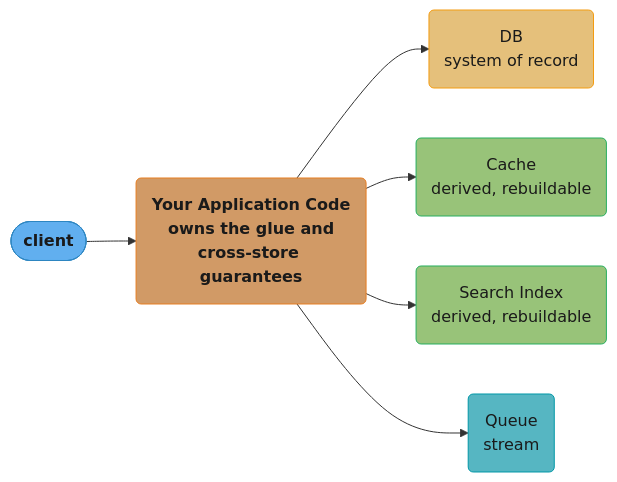
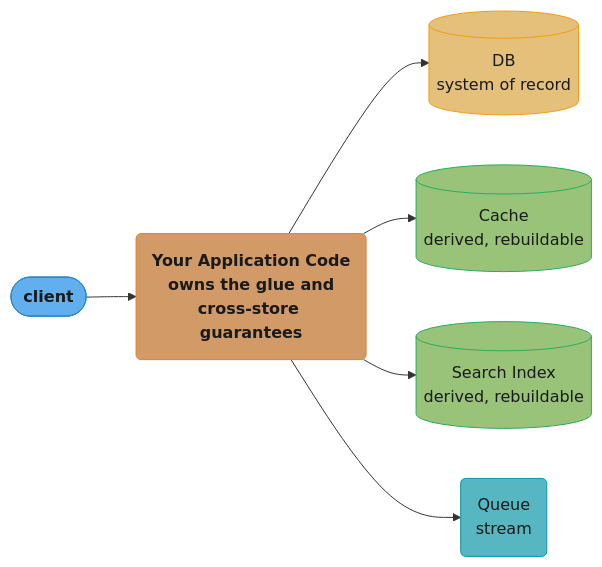
One commit to rppol/system-design changed the fourth of 4 diagrams in src/main/java/com/rutik/systemdesign/book/designing_data_intensive_applications/00_preface_and_book_map/README.md. Above: the diagram before and after it, drawn with Mermaid.

Commit message:
chore(diagrams): product logos + ascii sweep in 00_preface_and_book_map/README.md

````diff
--- a/src/main/java/com/rutik/systemdesign/book/designing_data_intensive_applications/00_preface_and_book_map/README.md
+++ b/src/main/java/com/rutik/systemdesign/book/designing_data_intensive_applications/00_preface_and_book_map/README.md
@@ -155,22 +155,22 @@
 ```mermaid
 flowchart LR
     classDef io      fill:#61afef,stroke:#2e86c1,color:#1a1a1a,font-weight:bold
     classDef frozen  fill:#c678dd,stroke:#9b59b6,color:#fff
     classDef train   fill:#98c379,stroke:#27ae60,color:#1a1a1a
     classDef mathOp  fill:#d19a66,stroke:#e67e22,color:#1a1a1a,font-weight:bold
     classDef lossN   fill:#e06c75,stroke:#c0392b,color:#fff,font-weight:bold
     classDef req     fill:#56b6c2,stroke:#0097a7,color:#1a1a1a
     classDef base    fill:#e5c07b,stroke:#f39c12,color:#1a1a1a
 
     client(["client"]) --> app("Your Application Code<br/>owns the glue and<br/>cross-store guarantees")
-    app --> db("DB<br/>system of record")
-    app --> cache("Cache<br/>derived, rebuildable")
-    app --> search("Search Index<br/>derived, rebuildable")
+    app --> db[("DB<br/>system of record")]
+    app --> cache[("Cache<br/>derived, rebuildable")]
+    app --> search[("Search Index<br/>derived, rebuildable")]
     app --> queue("Queue<br/>stream")
 
     class client io
     class app mathOp
     class db base
     class cache,search train
     class queue req
 ```
````
